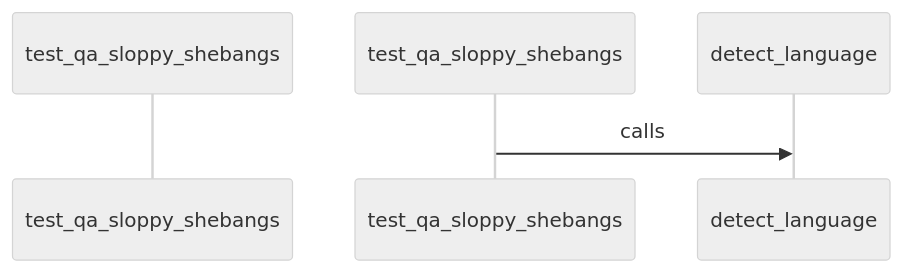
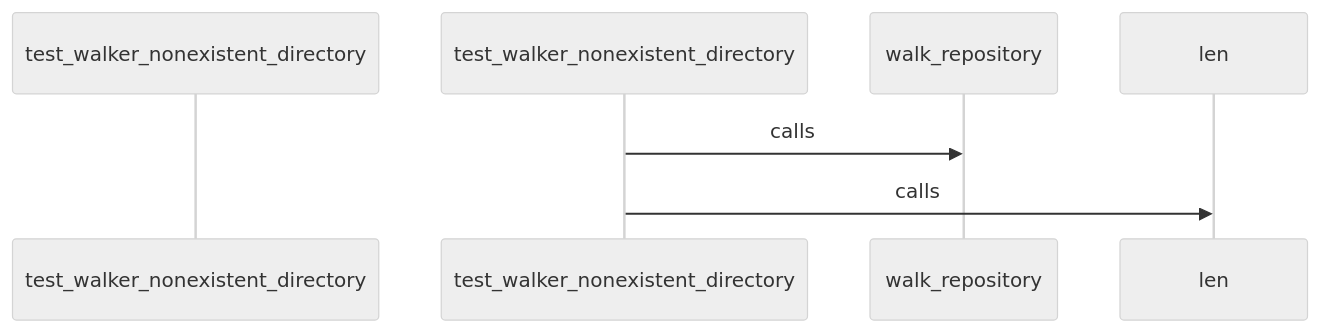
Diagram 26 of 26 in docs/CALL_FLOW.md (hazalkoom/DECODEx01), drawn with Mermaid (neutral theme) before and after one commit. The commit also changed other lines of this file and 15 other files, not shown here.

Commit message:
feat: NLG phases 2-4 - API scanner, few-shot schema, and story generator

````diff
--- a/docs/CALL_FLOW.md
+++ b/docs/CALL_FLOW.md
@@ -969,9 +959,13 @@
 ```mermaid
 sequenceDiagram
-    participant Start as test_qa_sloppy_shebangs
+    participant Start as test_walker_nonexistent_directory
 
 
-    test_qa_sloppy_shebangs->>detect_language: calls
+    test_walker_nonexistent_directory->>walk_repository: calls
+
+
+
+    test_walker_nonexistent_directory->>len: calls
 
 
 ```
````
